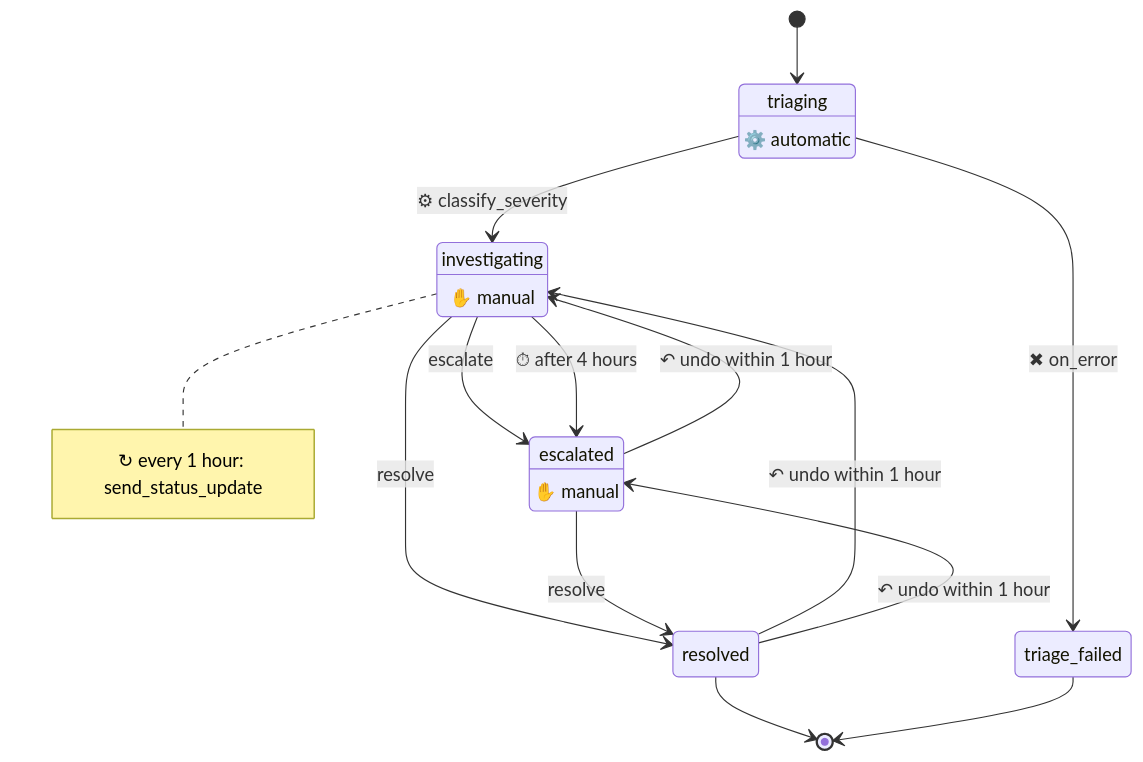
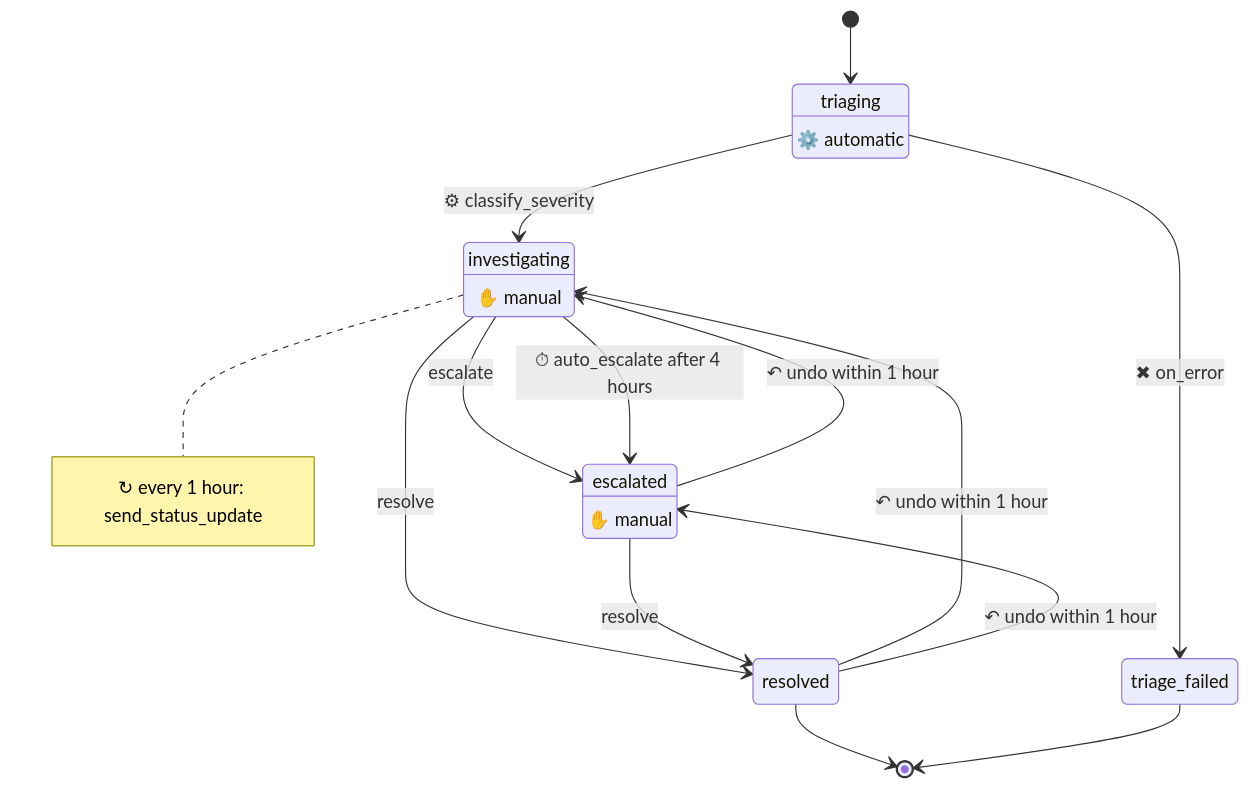
The second of 4 diagrams in documentation/topics/diagrams.md (team-alembic/ash_workflow), drawn with Mermaid before and after one commit. The commit also changed other lines of this file and 3 other files, not shown here.

First line of the commit message:
feat: name the timeout on Mermaid timeout edges

````diff
--- a/documentation/topics/diagrams.md
+++ b/documentation/topics/diagrams.md
@@ -156,26 +156,26 @@
 ```mermaid
 stateDiagram-v2
     state "triaging" as step_triaging
     step_triaging : ⚙️ automatic
     state "investigating" as step_investigating
     step_investigating : ✋ manual
     state "escalated" as step_escalated
     step_escalated : ✋ manual
     state "resolved" as step_resolved
     state "triage_failed" as step_triage_failed
     [*] --> step_triaging
     step_triaging --> step_investigating: ⚙ classify_severity
     step_triaging --> step_triage_failed: ✖ on_error
     step_investigating --> step_escalated: escalate
     step_investigating --> step_resolved: resolve
-    step_investigating --> step_escalated: ⏱ after 4 hours
+    step_investigating --> step_escalated: ⏱ auto_escalate after 4 hours
     step_escalated --> step_resolved: resolve
     step_escalated --> step_investigating: ↶ undo within 1 hour
     step_resolved --> step_investigating: ↶ undo within 1 hour
     step_resolved --> step_escalated: ↶ undo within 1 hour
     note right of step_investigating
         ↻ every 1 hour: send_status_update
     end note
     step_resolved --> [*]
     step_triage_failed --> [*]
 ```
````
